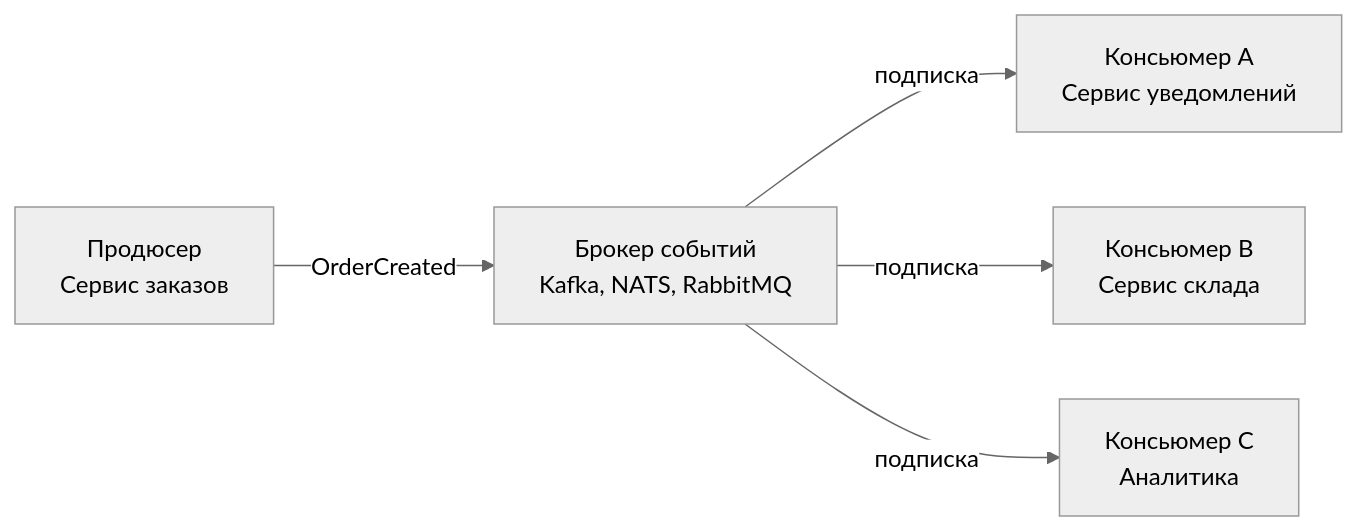
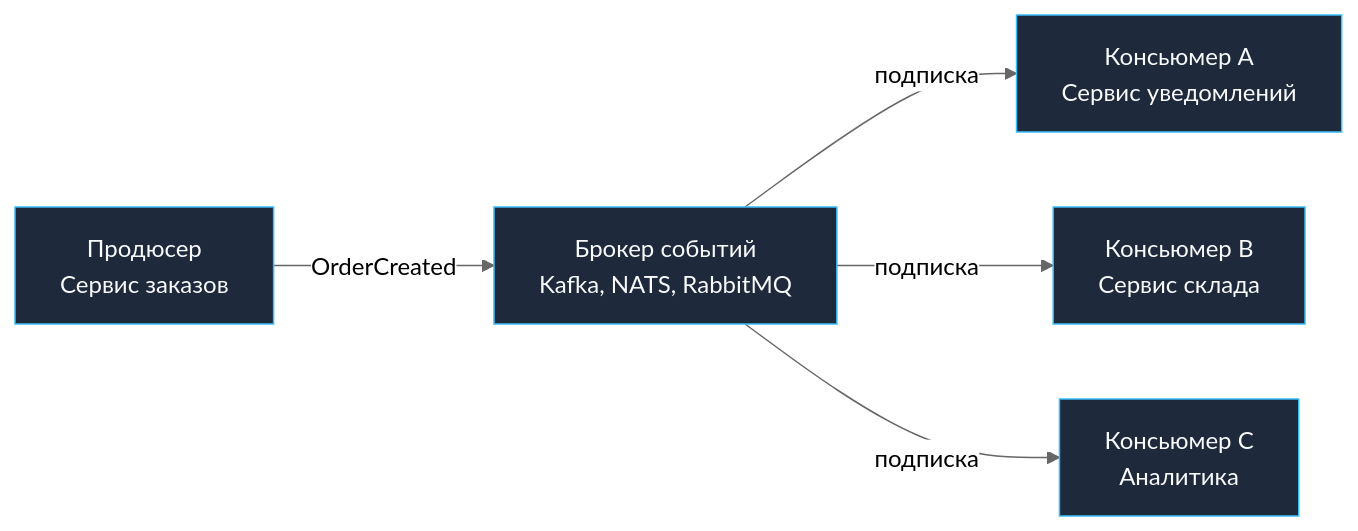
Before and after one commit to UnrealTemplier/go-textbook: the diagram in sources/11. Архитектура и System Design/21. Event Driven Architecture.md, drawn with Mermaid (neutral theme). The commit also changed 1666 other files, not shown here.

First line of the commit message:
feat(mermaid): add semantic color classDef to 1369 colorless flowchart/graph diagrams

````diff
--- a/sources/11. Архитектура и System Design/21. Event Driven Architecture.md
+++ b/sources/11. Архитектура и System Design/21. Event Driven Architecture.md
@@ -39,13 +39,23 @@
 ```mermaid
 flowchart LR
-    Producer["Продюсер<br>Сервис заказов"]
-    Broker["Брокер событий<br>Kafka, NATS, RabbitMQ"]
-    Consumer1["Консьюмер A<br>Сервис уведомлений"]
-    Consumer2["Консьюмер B<br>Сервис склада"]
-    Consumer3["Консьюмер C<br>Аналитика"]
+    classDef process  fill:#1e293b,stroke:#38bdf8,stroke-width:1px,color:#f8fafc
+    classDef success  fill:#064e3b,stroke:#34d399,stroke-width:1px,color:#f8fafc
+    classDef error    fill:#7f1d1d,stroke:#f87171,stroke-width:1px,color:#f8fafc
+    classDef warning  fill:#78350f,stroke:#fbbf24,stroke-width:1px,color:#f8fafc
+    classDef entry    fill:#1e3a5f,stroke:#38bdf8,stroke-width:2px,color:#f8fafc
+    classDef aux      fill:#334155,stroke:#64748b,stroke-width:1px,color:#f8fafc
+    classDef system   fill:#312e81,stroke:#a78bfa,stroke-width:1px,color:#f8fafc
+    classDef data     fill:#132d29,stroke:#2dd4bf,stroke-width:1px,color:#f8fafc
+    classDef network  fill:#881337,stroke:#fb7185,stroke-width:1px,color:#f8fafc
+    classDef accent   fill:#1e1b4b,stroke:#818cf8,stroke-width:1px,color:#f8fafc
+    Producer["Продюсер<br>Сервис заказов"]:::process
+    Broker["Брокер событий<br>Kafka, NATS, RabbitMQ"]:::process
+    Consumer1["Консьюмер A<br>Сервис уведомлений"]:::process
+    Consumer2["Консьюмер B<br>Сервис склада"]:::process
+    Consumer3["Консьюмер C<br>Аналитика"]:::process
 
     Producer -->|"OrderCreated"| Broker
     Broker -->|"подписка"| Consumer1
     Broker -->|"подписка"| Consumer2
     Broker -->|"подписка"| Consumer3
 ```
````
